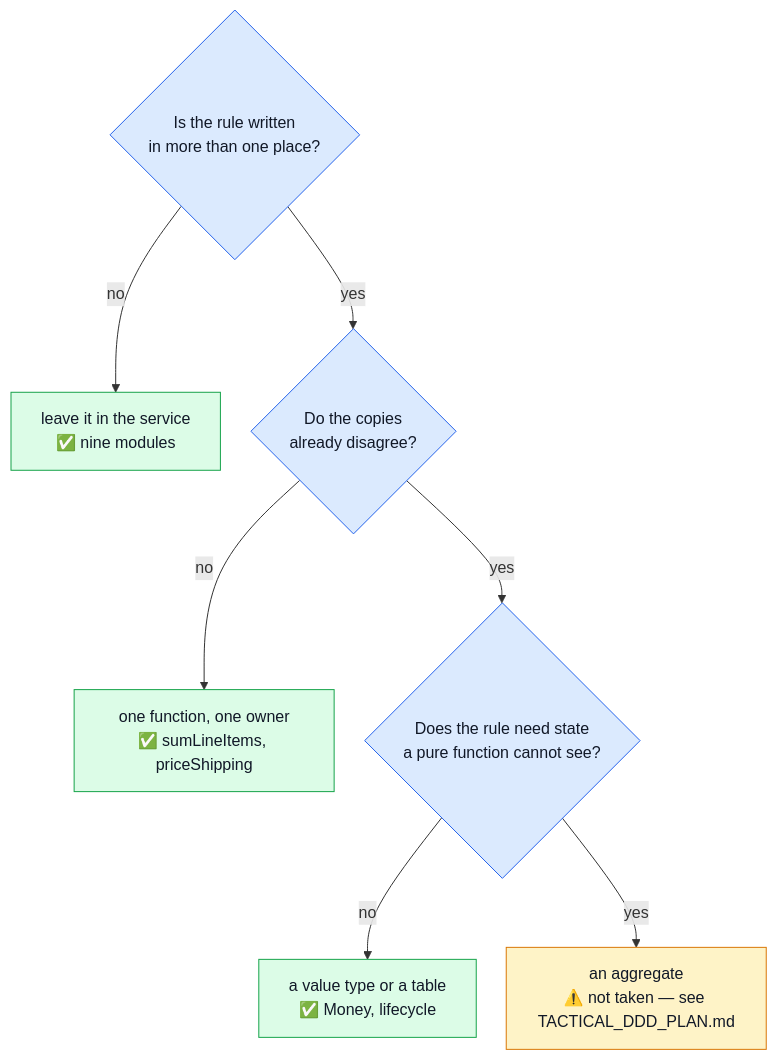
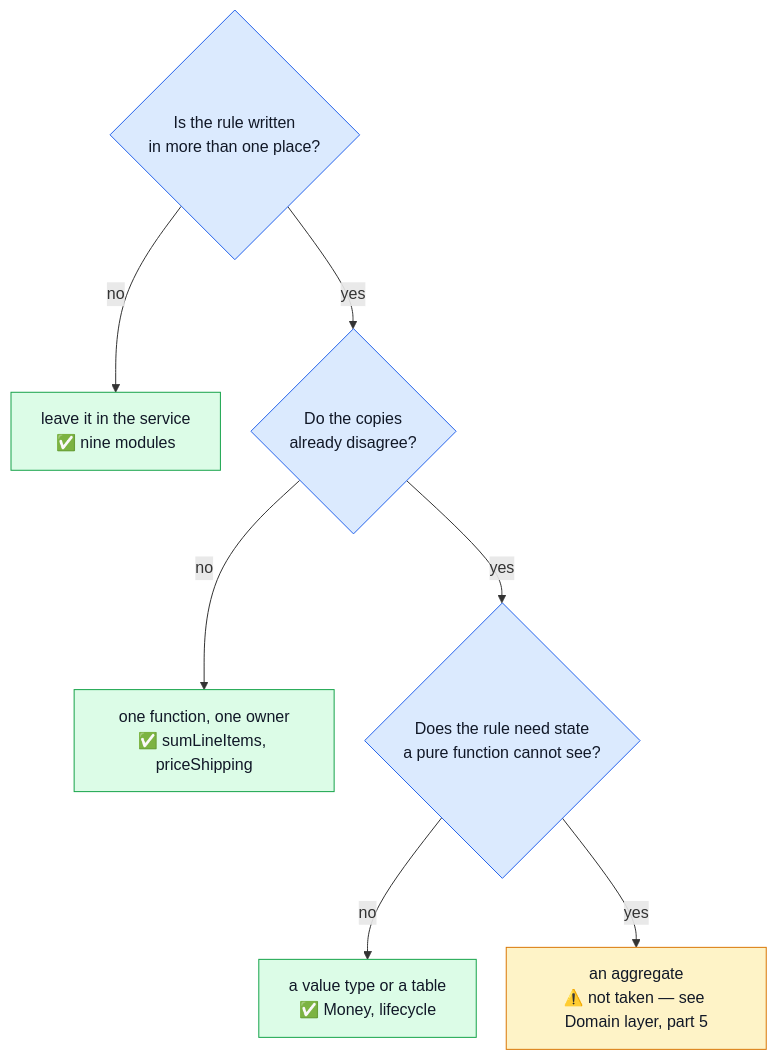
Before and after one commit to Guebbit/boilerplate-node-backend: the first of 11 diagrams in docs/theory/tactical-ddd.md, drawn with Mermaid. The commit also changed other lines of this file and 4 other files, not shown here.

First line of the commit message:
docs(theory): fix cart's dependency count, the empty-barrel claim, drop TACTICAL_DDD_PLAN cites

````diff
--- a/docs/theory/tactical-ddd.md
+++ b/docs/theory/tactical-ddd.md
@@ -18,18 +19,18 @@
 ```mermaid
 %%{init: {'flowchart': {'nodeSpacing': 30, 'rankSpacing': 45}}}%%
 flowchart TD
     Q1{"Is the rule written<br/>in more than one place?"}
     Q1 -->|no| KEEP["leave it in the service<br/>✅ nine modules"]
     Q1 -->|yes| Q2{"Do the copies<br/>already disagree?"}
     Q2 -->|no| WATCH["one function, one owner<br/>✅ sumLineItems, priceShipping"]
     Q2 -->|yes| Q3{"Does the rule need state<br/>a pure function cannot see?"}
     Q3 -->|no| TABLE["a value type or a table<br/>✅ Money, lifecycle"]
-    Q3 -->|yes| AGG["an aggregate<br/>⚠️ not taken — see TACTICAL_DDD_PLAN.md"]
+    Q3 -->|yes| AGG["an aggregate<br/>⚠️ not taken — see Domain layer, part 5"]
 
     classDef ask fill:#dbeafe,stroke:#2563eb,color:#111827;
     classDef cheap fill:#dcfce7,stroke:#16a34a,color:#111827;
     classDef costly fill:#fef3c7,stroke:#d97706,color:#111827;
     class Q1,Q2,Q3 ask;
     class KEEP,WATCH,TABLE cheap;
     class AGG costly;
 ```
````
